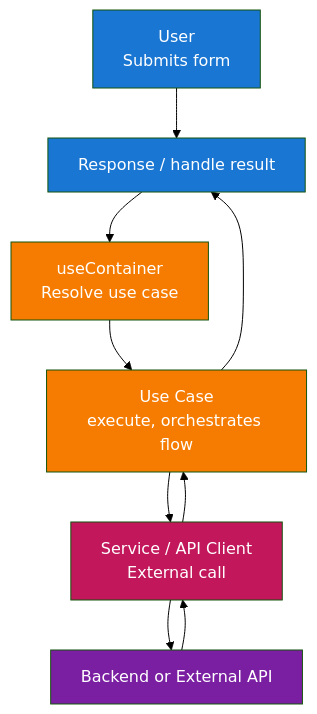
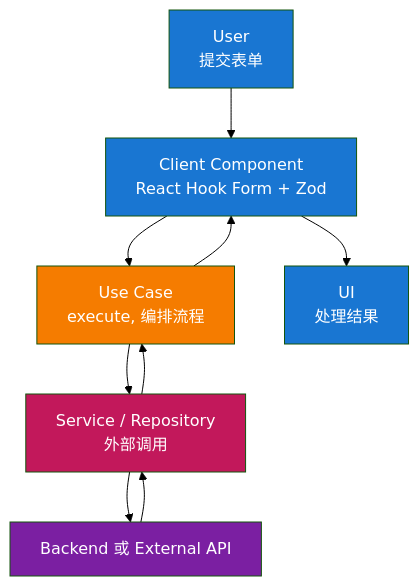
Before and after one commit to thinhtran3588/nextjs-starter-kit: the fourth of 4 diagrams in docs/architecture-zh.md, drawn with Mermaid (forest theme). The commit also changed other lines of this file and 208 other files, not shown here.

First line of the commit message:
refactor: reorganize modules into Clean Architecture layers (#36)

````diff
--- a/docs/architecture-zh.md
+++ b/docs/architecture-zh.md
@@ -103,18 +133,18 @@
 ```mermaid
 flowchart TD
-    User[User<br/>Submits form] --> Component[Client Component<br/>Form with RHF + Zod]
-    Component --> Resolve[useContainer<br/>Resolve use case]
-    Resolve --> UseCase[Use Case<br/>execute, orchestrates flow]
-    UseCase --> Service[Service / API Client<br/>External call]
-    Service --> Backend[Backend or External API]
+    User[User<br/>提交表单] --> Component[Client Component<br/>React Hook Form + Zod]
+    Component --> UseCase[Use Case<br/>execute, 编排流程]
+    UseCase --> Service[Service / Repository<br/>外部调用]
+    Service --> Backend[Backend 或 External API]
     Backend --> Service
     Service --> UseCase
-    UseCase --> Component[Response / handle result]
+    UseCase --> Component
+    Component --> UI[UI<br/>处理结果]
 
     style User fill:#1976d2,color:#fff
     style Component fill:#1976d2,color:#fff
-    style Resolve fill:#f57c00,color:#fff
     style UseCase fill:#f57c00,color:#fff
     style Service fill:#c2185b,color:#fff
     style Backend fill:#7b1fa2,color:#fff
+    style UI fill:#1976d2,color:#fff
 ```
````
